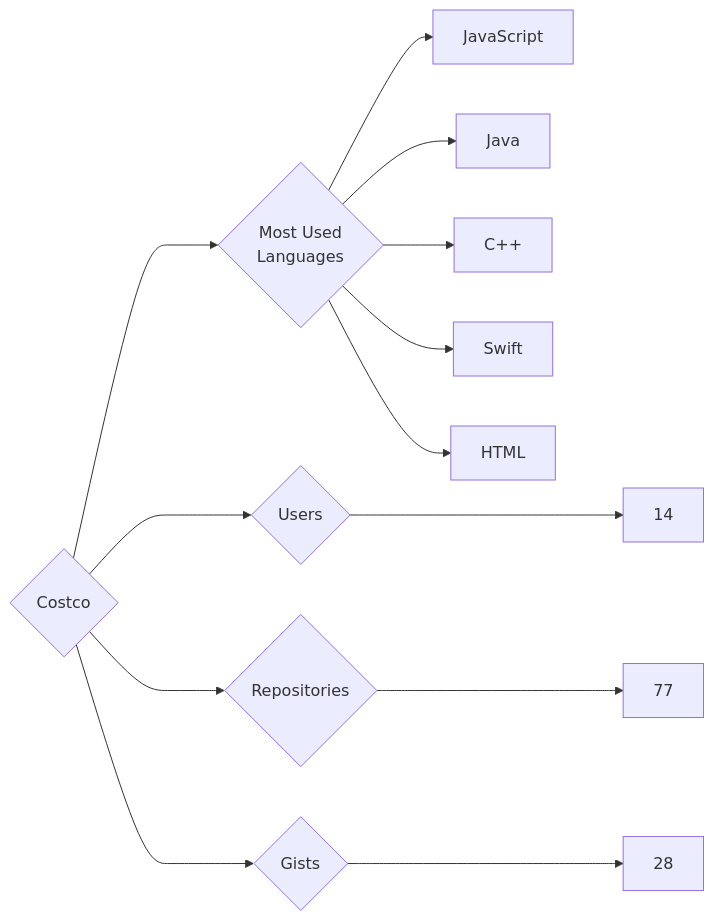
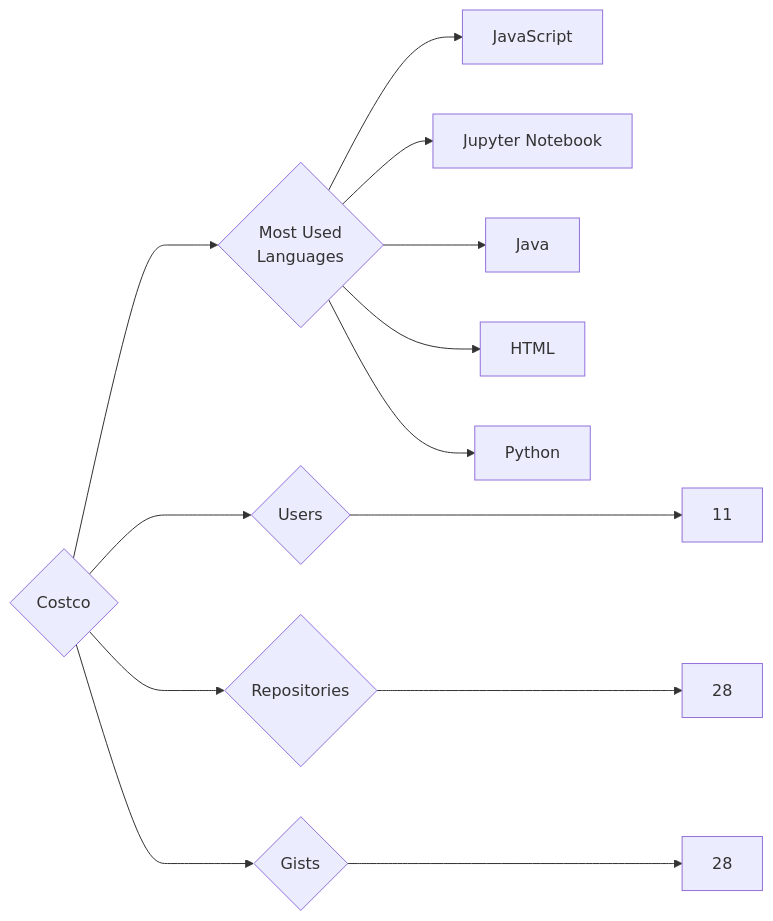
Before and after one commit to trickest/insiders: the diagram in targets/Costco/README.md, drawn with Mermaid. The commit also changed 823 other files, not shown here.

````diff
--- a/targets/Costco/README.md
+++ b/targets/Costco/README.md
@@ -3,13 +3,13 @@
 ```mermaid
 graph LR
 COMPANY_NAME{Costco}
-COMPANY_NAME ---> U{Users} ---> UN[14]
-COMPANY_NAME ---> R{Repositories} ---> RN[77]
+COMPANY_NAME ---> U{Users} ---> UN[11]
+COMPANY_NAME ---> R{Repositories} ---> RN[28]
 COMPANY_NAME ---> G{Gists} ---> GN[28]
 COMPANY_NAME ---> ML{Most Used<br>Languages}
 ML --> JavaScript[JavaScript]
+ML --> Jupyter_Notebook[Jupyter Notebook]
 ML --> Java[Java]
-ML --> C++[C++]
-ML --> Swift[Swift]
 ML --> HTML[HTML]
+ML --> Python[Python]
 ```
````
